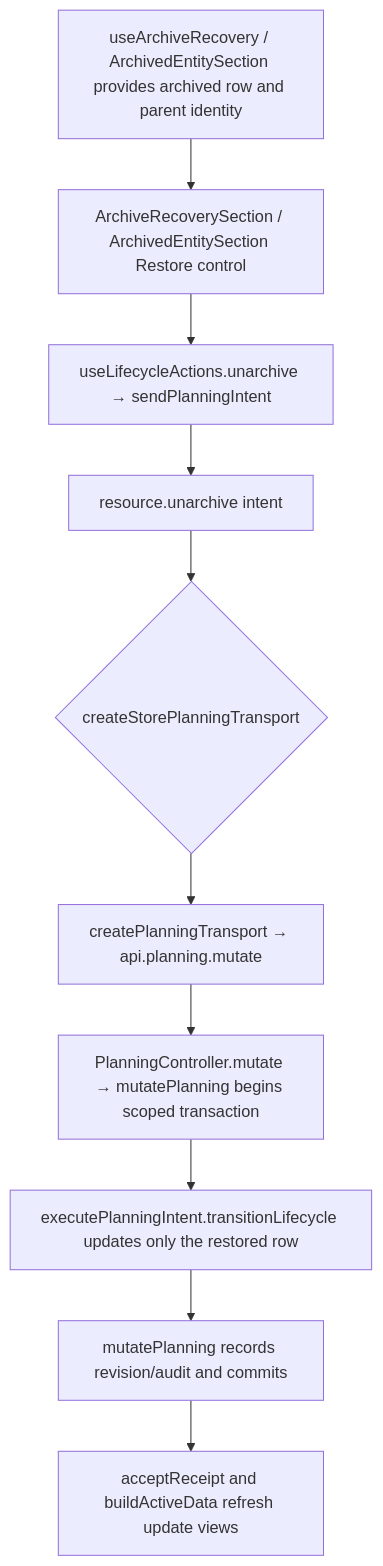
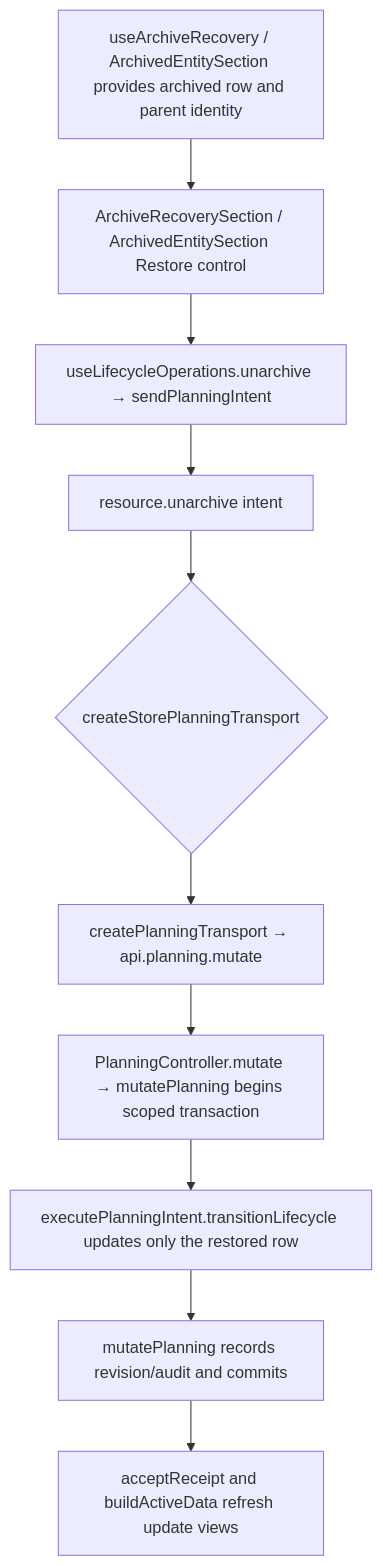
One commit to Kevinjohn/capacitylens changed the second of 2 diagrams in user-stories/resources/US-RES-13-restore-resource.md. Above: the diagram before and after it, drawn with Mermaid. The commit also changed other lines of this file and 50 other files, not shown here.

````diff
--- a/user-stories/resources/US-RES-13-restore-resource.md
+++ b/user-stories/resources/US-RES-13-restore-resource.md
@@ -28,8 +28,8 @@
 ```mermaid
 flowchart TD
   A["useArchiveRecovery / ArchivedEntitySection provides archived row and parent identity"] --> B["ArchiveRecoverySection / ArchivedEntitySection Restore control"]
-  B --> C["useLifecycleActions.unarchive → sendPlanningIntent"] --> D["resource.unarchive intent"]
+  B --> C["useLifecycleOperations.unarchive → sendPlanningIntent"] --> D["resource.unarchive intent"]
   D --> E{"createStorePlanningTransport"}
   E --> F["createPlanningTransport → api.planning.mutate"] --> G["PlanningController.mutate → mutatePlanning begins scoped transaction"]
   G --> H["executePlanningIntent.transitionLifecycle updates only the restored row"] --> K["mutatePlanning records revision/audit and commits"] --> J["acceptReceipt and buildActiveData refresh update views"]
 ```
````
